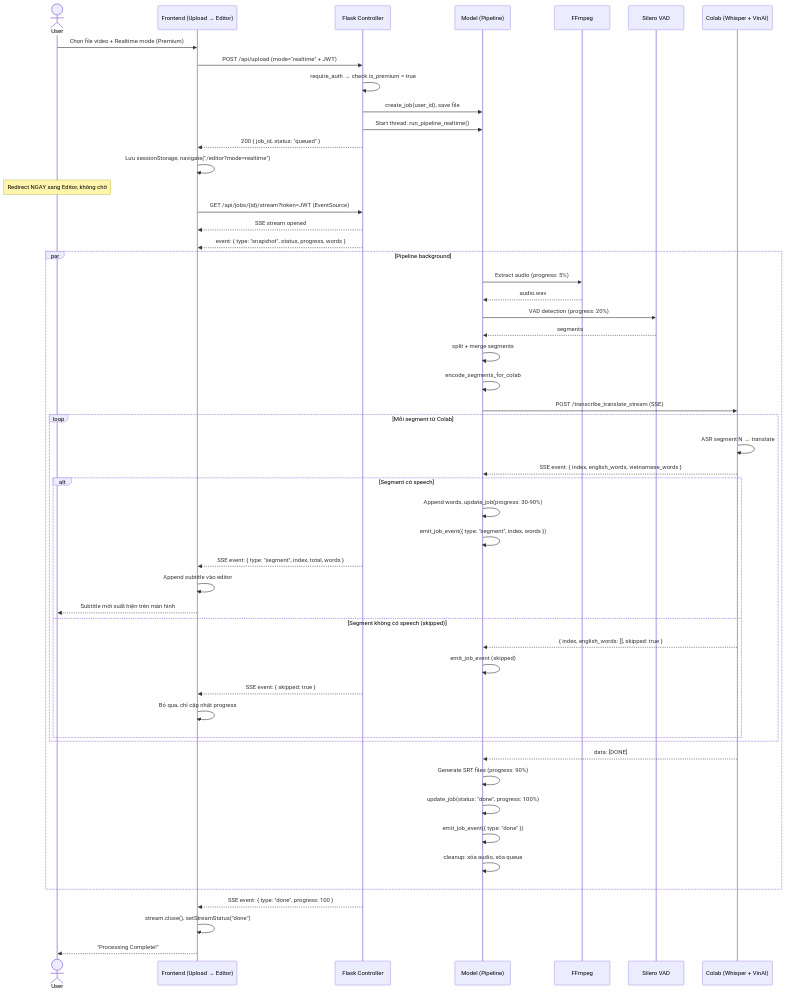
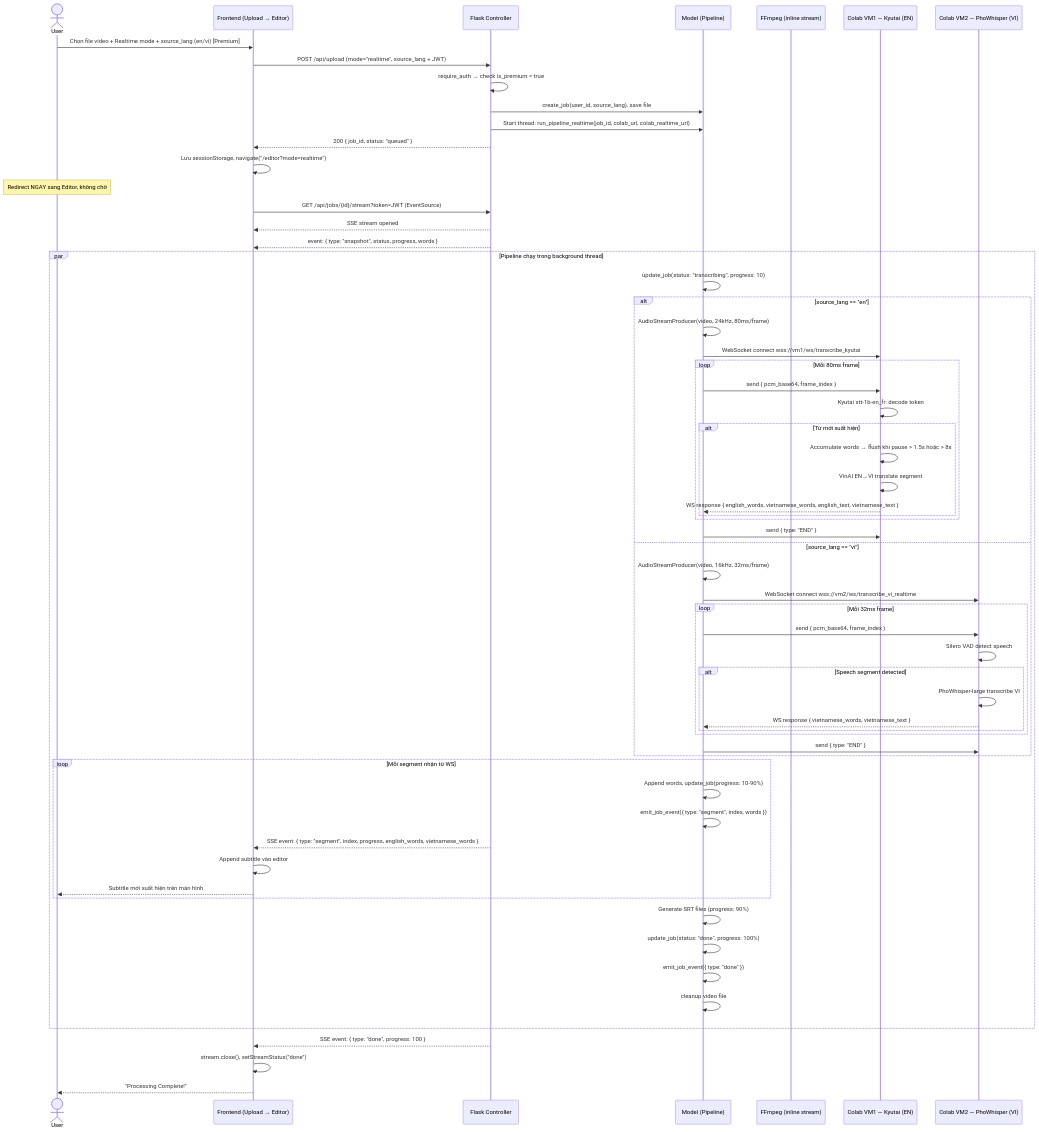
One commit to SonDinh1129/subtitle-project changed the eighth of 19 diagrams in docs/system-flows.md. Above: the diagram before and after it, drawn with Mermaid. The commit also changed other lines of this file and 1 other file, not shown here.

First line of the commit message:
docs: refactor system-flows and usecases for 2-VM Kyutai architecture

````diff
--- a/docs/system-flows.md
+++ b/docs/system-flows.md
@@ -275,63 +276,72 @@
 ```mermaid
 sequenceDiagram
     actor User
     participant FE as Frontend (Upload → Editor)
     participant Flask as Flask Controller
     participant Model as Model (Pipeline)
-    participant FFmpeg as FFmpeg
-    participant VAD as Silero VAD
-    participant Colab as Colab (Whisper + VinAI)
+    participant FFmpeg as FFmpeg (inline stream)
+    participant VM1 as Colab VM1 — Kyutai (EN)
+    participant VM2 as Colab VM2 — PhoWhisper (VI)
 
-    User->>FE: Chọn file video + Realtime mode (Premium)
-    FE->>Flask: POST /api/upload (mode="realtime" + JWT)
+    User->>FE: Chọn file video + Realtime mode + source_lang (en/vi) [Premium]
+    FE->>Flask: POST /api/upload (mode="realtime", source_lang + JWT)
     Flask->>Flask: require_auth → check is_premium = true
-    Flask->>Model: create_job(user_id), save file
-    Flask->>Model: Start thread: run_pipeline_realtime()
+    Flask->>Model: create_job(user_id, source_lang), save file
+    Flask->>Model: Start thread: run_pipeline_realtime(job_id, colab_url, colab_realtime_url)
     Flask-->>FE: 200 { job_id, status: "queued" }
 
     FE->>FE: Lưu sessionStorage, navigate("/editor?mode=realtime")
     Note over User: Redirect NGAY sang Editor, không chờ
 
     FE->>Flask: GET /api/jobs/{id}/stream?token=JWT (EventSource)
     Flask-->>FE: SSE stream opened
-
     Flask-->>FE: event: { type: "snapshot", status, progress, words }
 
-    par Pipeline background
-        Model->>FFmpeg: Extract audio (progress: 5%)
-        FFmpeg-->>Model: audio.wav
-        Model->>VAD: VAD detection (progress: 20%)
-        VAD-->>Model: segments
-        Model->>Model: split + merge segments
-        Model->>Model: encode_segments_for_colab
+    par Pipeline chạy trong background thread
+        Model->>Model: update_job(status: "transcribing", progress: 10)
 
-        Model->>Colab: POST /transcribe_translate_stream (SSE)
-
-        loop Mỗi segment từ Colab
-            Colab->>Colab: ASR segment N → translate
-            Colab-->>Model: SSE event: { index, english_words, vietnamese_words }
-            alt Segment có speech
-                Model->>Model: Append words, update_job(progress: 30-90%)
-                Model->>Model: emit_job_event({ type: "segment", index, words })
-                Flask-->>FE: SSE event: { type: "segment", index, total, words }
-                FE->>FE: Append subtitle vào editor
-                FE-->>User: Subtitle mới xuất hiện trên màn hình
-            else Segment không có speech (skipped)
-                Colab-->>Model: { index, english_words: [], skipped: true }
-                Model->>Model: emit_job_event (skipped)
-                Flask-->>FE: SSE event: { skipped: true }
-                FE->>FE: Bỏ qua, chỉ cập nhật progress
+        alt source_lang == "en"
+            Model->>Model: AudioStreamProducer(video, 24kHz, 80ms/frame)
+            Model->>VM1: WebSocket connect wss://vm1/ws/transcribe_kyutai
+            loop Mỗi 80ms frame
+                Model->>VM1: send { pcm_base64, frame_index }
+                VM1->>VM1: Kyutai stt-1b-en_fr: decode token
+                alt Từ mới xuất hiện
+                    VM1->>VM1: Accumulate words → flush khi pause > 1.5s hoặc > 8s
+                    VM1->>VM1: VinAI EN→VI translate segment
+                    VM1-->>Model: WS response { english_words, vietnamese_words, english_text, vietnamese_text }
+                end
             end
+            Model->>VM1: send { type: "END" }
+        else source_lang == "vi"
+            Model->>Model: AudioStreamProducer(video, 16kHz, 32ms/frame)
+            Model->>VM2: WebSocket connect wss://vm2/ws/transcribe_vi_realtime
+            loop Mỗi 32ms frame
+                Model->>VM2: send { pcm_base64, frame_index }
+                VM2->>VM2: Silero VAD detect speech
+                alt Speech segment detected
+                    VM2->>VM2: PhoWhisper-large transcribe VI
+                    VM2-->>Model: WS response { vietnamese_words, vietnamese_text }
+                end
+            end
+            Model->>VM2: send { type: "END" }
         end
 
-        Colab-->>Model: data: [DONE]
+        loop Mỗi segment nhận từ WS
+            Model->>Model: Append words, update_job(progress: 10-90%)
+            Model->>Model: emit_job_event({ type: "segment", index, words })
+            Flask-->>FE: SSE event: { type: "segment", index, progress, english_words, vietnamese_words }
+            FE->>FE: Append subtitle vào editor
+            FE-->>User: Subtitle mới xuất hiện trên màn hình
+        end
+
         Model->>Model: Generate SRT files (progress: 90%)
         Model->>Model: update_job(status: "done", progress: 100%)
         Model->>Model: emit_job_event({ type: "done" })
-        Model->>Model: cleanup: xóa audio, xóa queue
+        Model->>Model: cleanup video file
     end
 
     Flask-->>FE: SSE event: { type: "done", progress: 100 }
     FE->>FE: stream.close(), setStreamStatus("done")
     FE-->>User: "Processing Complete!"
 ```
````
